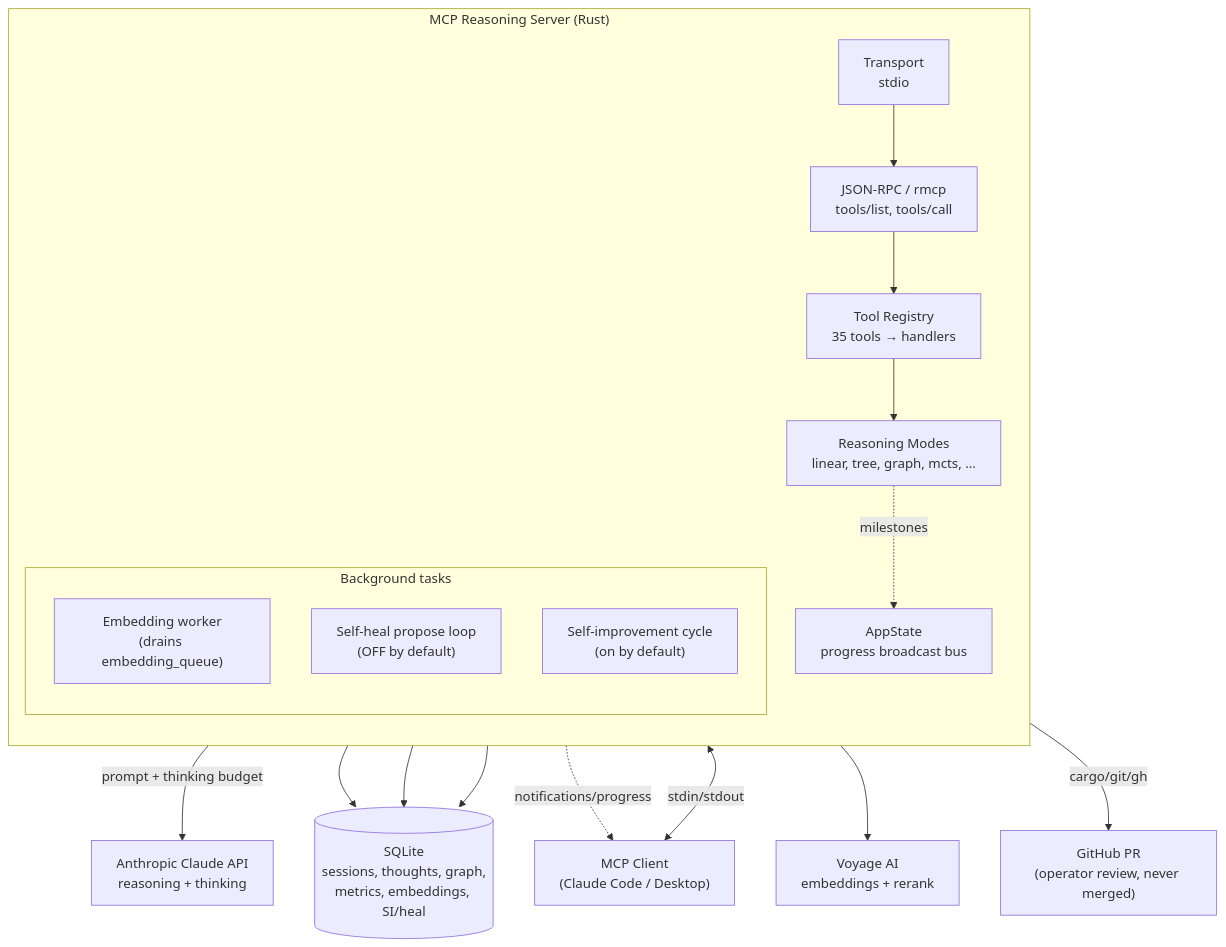
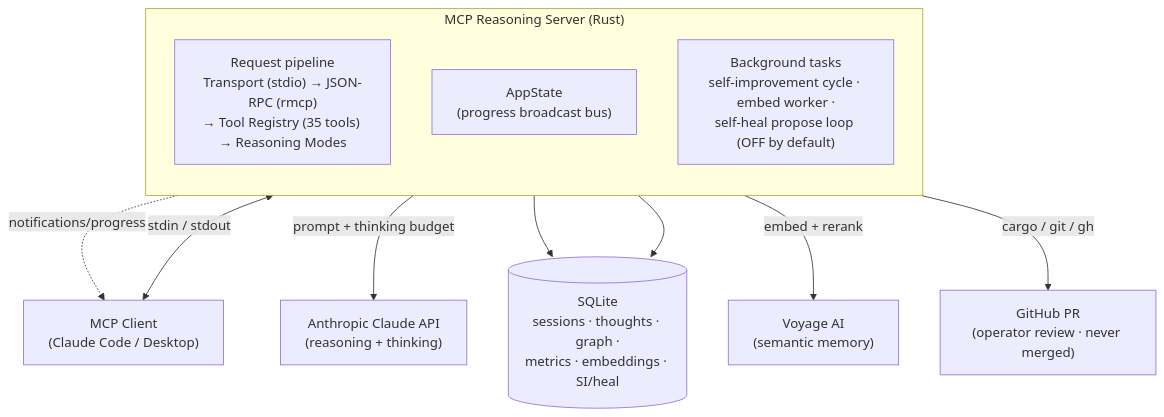
The first of 8 diagrams in docs/reference/END_TO_END_FLOW.md (quanticsoul4772/mcp-reasoning), drawn with Mermaid before and after one commit.

````diff
--- a/docs/reference/END_TO_END_FLOW.md
+++ b/docs/reference/END_TO_END_FLOW.md
@@ -29,33 +29,20 @@
 ```mermaid
 flowchart TB
     Client["MCP Client<br/>(Claude Code / Desktop)"]
 
     subgraph Server["MCP Reasoning Server (Rust)"]
         direction TB
-        Transport["Transport<br/>stdio"]
-        RPC["JSON-RPC / rmcp<br/>tools/list, tools/call"]
-        Router["Tool Registry<br/>35 tools → handlers"]
-        Modes["Reasoning Modes<br/>linear, tree, graph, mcts, ..."]
-        State["AppState<br/>progress broadcast bus"]
-        subgraph BG["Background tasks"]
-            EmbedWorker["Embedding worker<br/>(drains embedding_queue)"]
-            HealLoop["Self-heal propose loop<br/>(OFF by default)"]
-            SILoop["Self-improvement cycle<br/>(on by default)"]
-        end
+        Pipeline["Request pipeline<br/>Transport (stdio) → JSON-RPC (rmcp)<br/>→ Tool Registry (35 tools) → Reasoning Modes"]
+        State["AppState<br/>(progress broadcast bus)"]
+        BG["Background tasks<br/>self-improvement cycle · embed worker ·<br/>self-heal propose loop (OFF by default)"]
     end
 
-    Anthropic["Anthropic Claude API<br/>reasoning + thinking"]
-    Voyage["Voyage AI<br/>embeddings + rerank"]
-    SQLite[("SQLite<br/>sessions, thoughts, graph,<br/>metrics, embeddings, SI/heal")]
+    Client <-->|"stdin / stdout"| Server
+    State -.->|"notifications/progress"| Client
 
-    Client <-->|"stdin/stdout"| Transport
-    Transport --> RPC --> Router --> Modes
-    Modes -->|"prompt + thinking budget"| Anthropic
-    Modes --> SQLite
-    Modes -.->|"milestones"| State
-    State -.->|"notifications/progress"| Client
-    EmbedWorker --> Voyage
-    EmbedWorker --> SQLite
-    SILoop --> SQLite
-    HealLoop -->|"cargo/git/gh"| GH["GitHub PR<br/>(operator review, never merged)"]
+    Pipeline -->|"prompt + thinking budget"| Anthropic["Anthropic Claude API<br/>(reasoning + thinking)"]
+    Pipeline --> SQLite[("SQLite<br/>sessions · thoughts · graph ·<br/>metrics · embeddings · SI/heal")]
+    BG -->|"embed + rerank"| Voyage["Voyage AI<br/>(semantic memory)"]
+    BG --> SQLite
+    BG -->|"cargo / git / gh"| GH["GitHub PR<br/>(operator review · never merged)"]
 ```
````
